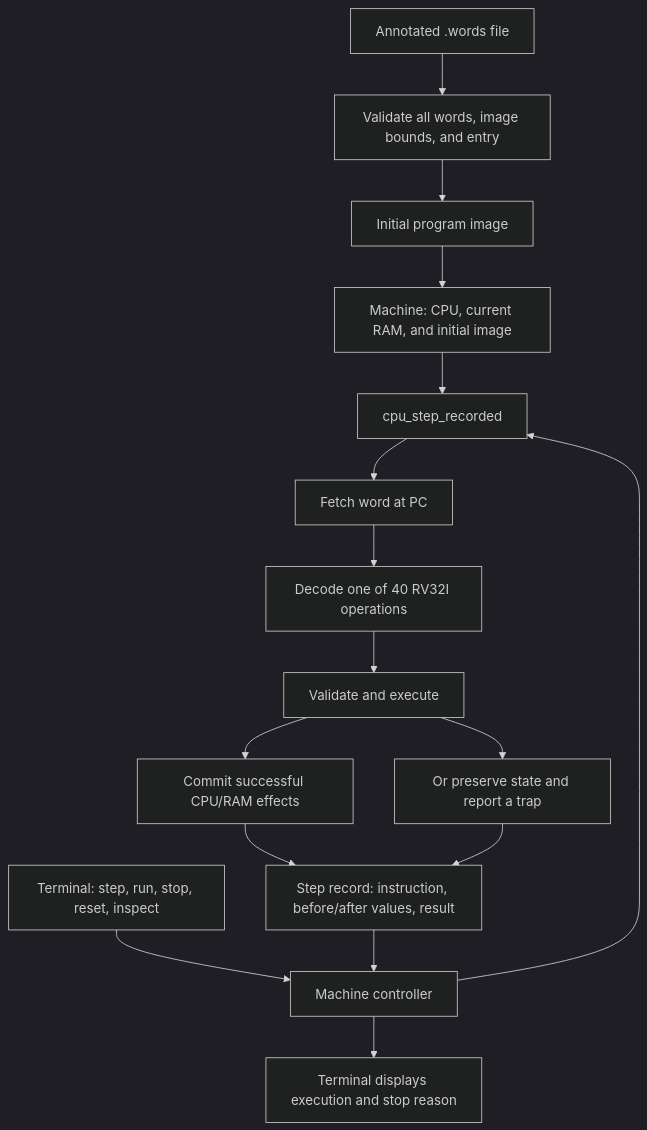
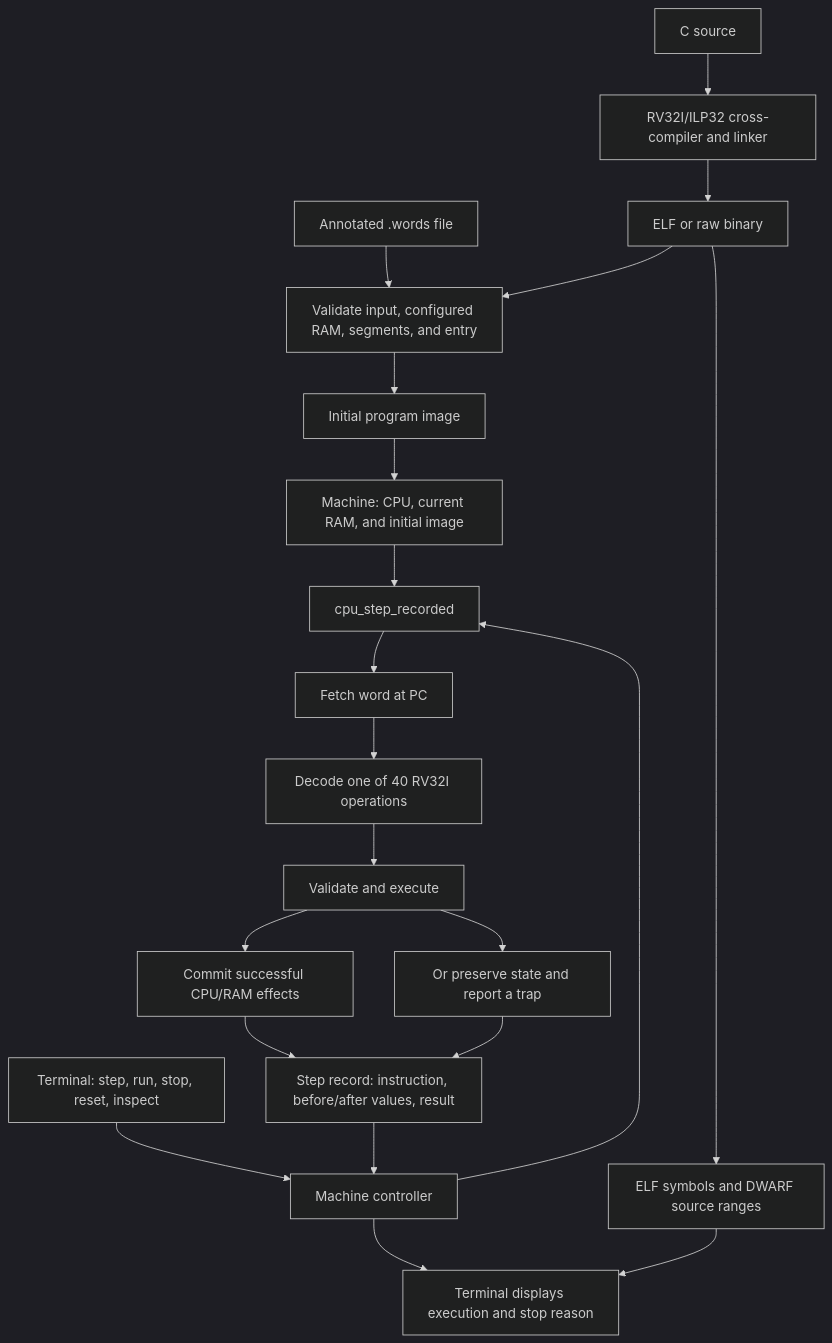
One commit to IcaroRamosDM/riscv32-simulator changed the first of 16 diagrams in docs/FLOWCHARTS.md. Above: the diagram before and after it, drawn with Mermaid (dark theme). The commit also changed other lines of this file and 48 other files, not shown here.

Commit message:
feat: compile C and load RV32I programs with source mapping

````diff
--- a/docs/FLOWCHARTS.md
+++ b/docs/FLOWCHARTS.md
@@ -8,18 +8,23 @@
 ```mermaid
 flowchart TD
-    FILE["Annotated .words file"] --> LOAD["Validate all words, image bounds, and entry"]
+    C["C source"] --> COMPILER["RV32I/ILP32 cross-compiler and linker"]
+    COMPILER --> FILE["ELF or raw binary"]
+    WORDS["Annotated .words file"] --> LOAD["Validate input, configured RAM, segments, and entry"]
+    FILE --> LOAD
+    FILE --> DEBUG["ELF symbols and DWARF source ranges"]
     LOAD --> IMAGE["Initial program image"]
     IMAGE --> MACHINE["Machine: CPU, current RAM, and initial image"]
     USER["Terminal: step, run, stop, reset, inspect"] --> CONTROL["Machine controller"]
     CONTROL --> STEP["cpu_step_recorded"]
     MACHINE --> STEP
     STEP --> FETCH["Fetch word at PC"]
     FETCH --> DECODE["Decode one of 40 RV32I operations"]
     DECODE --> EXEC["Validate and execute"]
     EXEC --> STATE["Commit successful CPU/RAM effects"]
     EXEC --> TRAP["Or preserve state and report a trap"]
     STATE --> RECORD["Step record: instruction, before/after values, result"]
     TRAP --> RECORD
     RECORD --> CONTROL
     CONTROL --> DISPLAY["Terminal displays execution and stop reason"]
+    DEBUG --> DISPLAY
 ```
````
